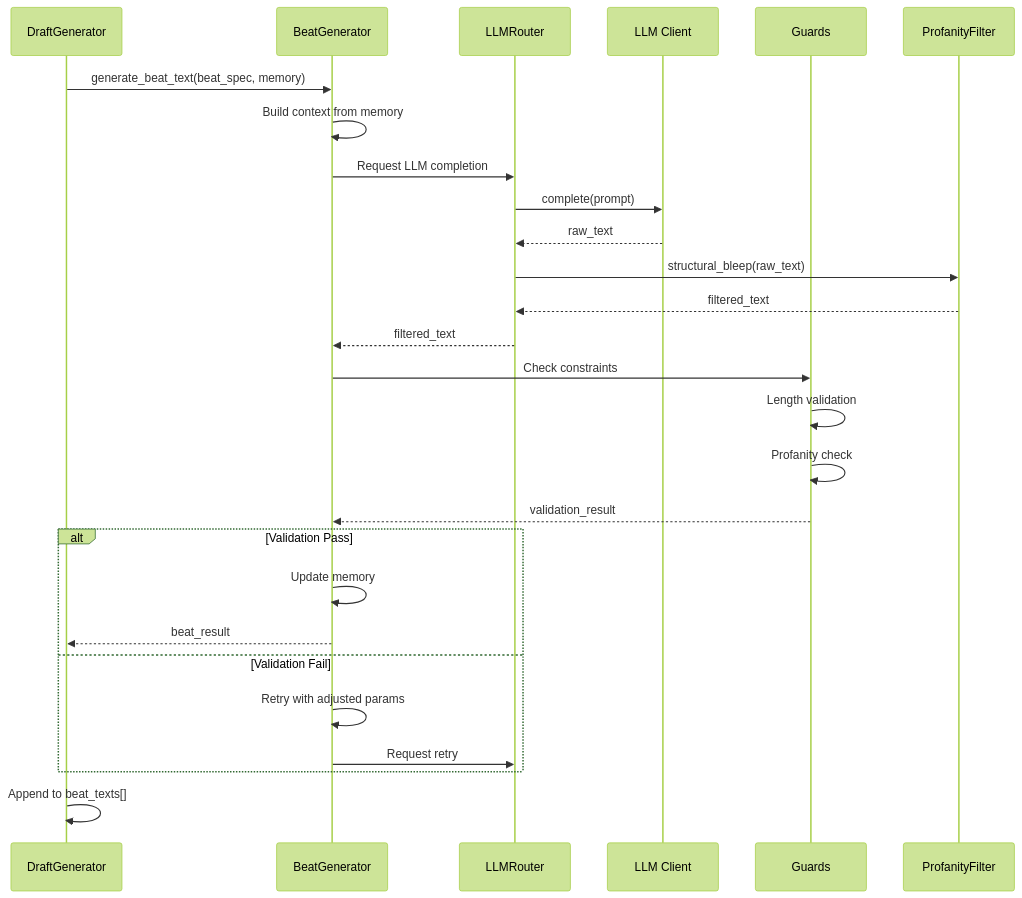
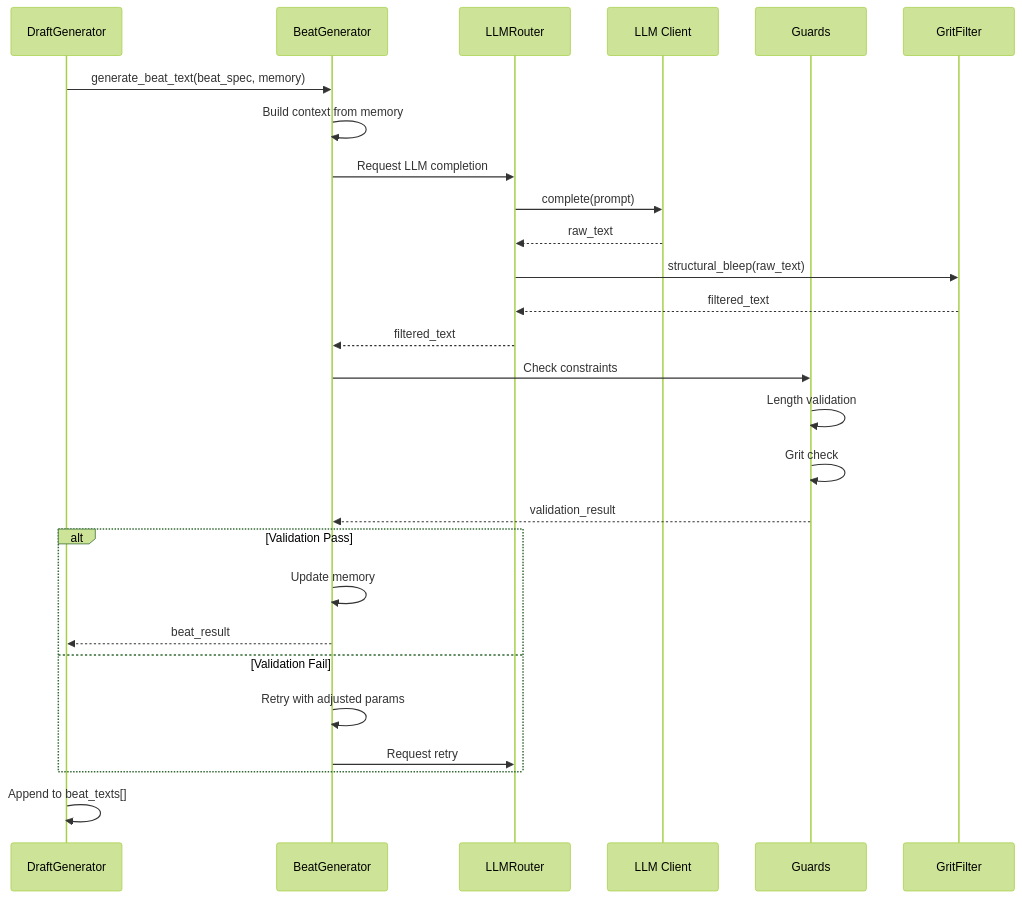
Before and after one commit to AndrewMichael2020/literary-structure-generator: the third of 6 diagrams in docs/architecture.md, drawn with Mermaid (forest theme). The commit also changed other lines of this file and 9 other files, not shown here.

Commit message:
Update remaining docs: change profanity to grit terminology

````diff
--- a/docs/architecture.md
+++ b/docs/architecture.md
@@ -81,30 +81,30 @@
 ```mermaid
 sequenceDiagram
     participant DG as DraftGenerator
     participant BG as BeatGenerator
     participant Router as LLMRouter
     participant LLM as LLM Client
     participant Guards as Guards
-    participant Filter as ProfanityFilter
+    participant Filter as GritFilter
     
     DG->>BG: generate_beat_text(beat_spec, memory)
     BG->>BG: Build context from memory
     BG->>Router: Request LLM completion
     Router->>LLM: complete(prompt)
     LLM-->>Router: raw_text
     Router->>Filter: structural_bleep(raw_text)
     Filter-->>Router: filtered_text
     Router-->>BG: filtered_text
     BG->>Guards: Check constraints
     Guards->>Guards: Length validation
-    Guards->>Guards: Profanity check
+    Guards->>Guards: Grit check
     Guards-->>BG: validation_result
     alt Validation Pass
         BG->>BG: Update memory
         BG-->>DG: beat_result
     else Validation Fail
         BG->>BG: Retry with adjusted params
         BG->>Router: Request retry
     end
     DG->>DG: Append to beat_texts[]
 ```
````
